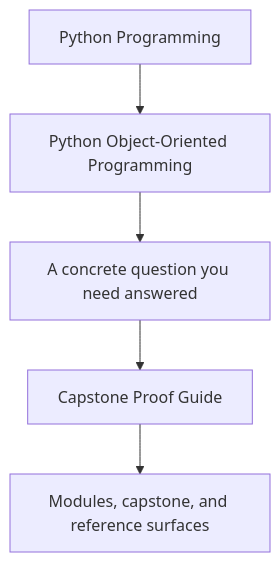
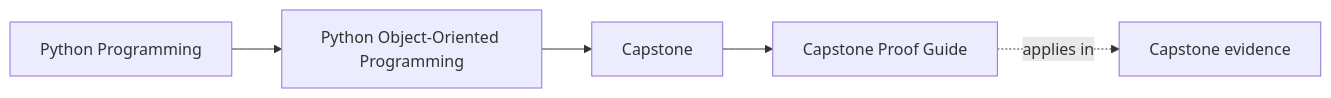
One commit to bijux/bijux-masterclass changed the first of 2 diagrams in programs/python-programming/python-object-oriented-programming/course-book/capstone/capstone-proof-guide.md. Above: the diagram before and after it, drawn with Mermaid. The commit also changed other lines of this file and 103 other files, not shown here.

Commit message:
docs(python-object-oriented-programming): map sustainment and capstone surfaces

````diff
--- a/programs/python-programming/python-object-oriented-programming/course-book/capstone/capstone-proof-guide.md
+++ b/programs/python-programming/python-object-oriented-programming/course-book/capstone/capstone-proof-guide.md
@@ -7,7 +7,11 @@
 ```mermaid
-flowchart TD
-  family["Python Programming"] --> program["Python Object-Oriented Programming"]
-  program --> pressure["A concrete question you need answered"]
-  pressure --> guide["Capstone Proof Guide"]
-  guide --> next["Modules, capstone, and reference surfaces"]
+graph LR
+  family["Python Programming"]
+  program["Python Object-Oriented Programming"]
+  section["Capstone"]
+  page["Capstone Proof Guide"]
+  capstone["Capstone evidence"]
+
+  family --> program --> section --> page
+  page -.applies in.-> capstone
 ```
````
